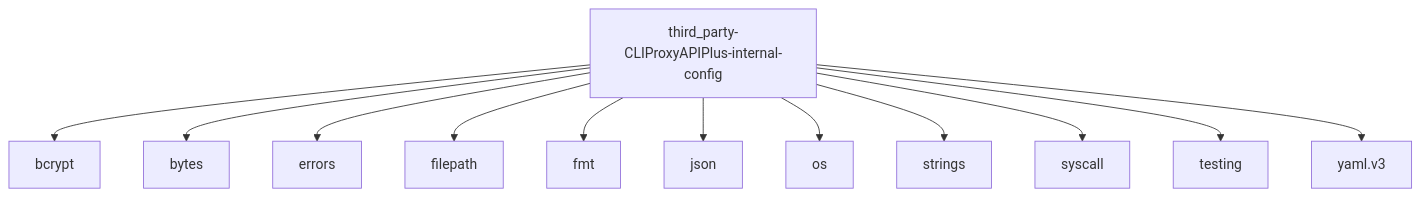
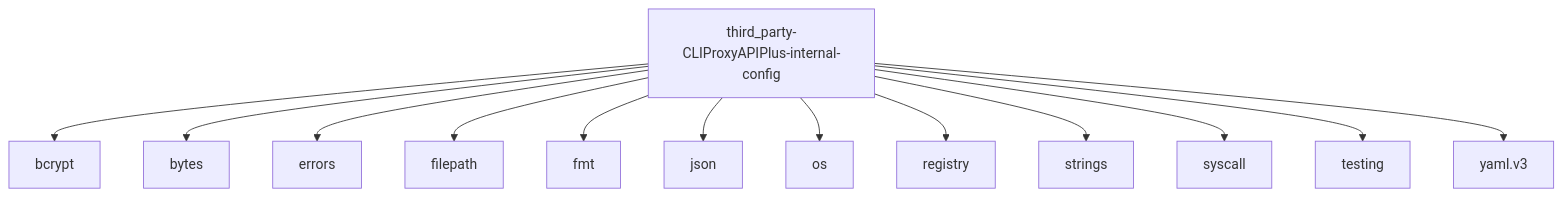
The diagram in .agentlens/modules/third_party-CLIProxyAPIPlus-internal-config/imports.md (0xTract0r/quotio), drawn with Mermaid before and after one commit. The commit also changed other lines of this file and 126 other files, not shown here.

````diff
--- a/.agentlens/modules/third_party-CLIProxyAPIPlus-internal-config/imports.md
+++ b/.agentlens/modules/third_party-CLIProxyAPIPlus-internal-config/imports.md
@@ -7,14 +7,15 @@
 ```mermaid
 graph TD
     third_party_CLIProxyAPIPlus_internal_config[third_party-CLIProxyAPIPlus-internal-config] --> bcrypt[bcrypt]
     third_party_CLIProxyAPIPlus_internal_config[third_party-CLIProxyAPIPlus-internal-config] --> bytes[bytes]
     third_party_CLIProxyAPIPlus_internal_config[third_party-CLIProxyAPIPlus-internal-config] --> errors[errors]
     third_party_CLIProxyAPIPlus_internal_config[third_party-CLIProxyAPIPlus-internal-config] --> filepath[filepath]
     third_party_CLIProxyAPIPlus_internal_config[third_party-CLIProxyAPIPlus-internal-config] --> fmt[fmt]
     third_party_CLIProxyAPIPlus_internal_config[third_party-CLIProxyAPIPlus-internal-config] --> json[json]
     third_party_CLIProxyAPIPlus_internal_config[third_party-CLIProxyAPIPlus-internal-config] --> os[os]
+    third_party_CLIProxyAPIPlus_internal_config[third_party-CLIProxyAPIPlus-internal-config] --> registry[registry]
     third_party_CLIProxyAPIPlus_internal_config[third_party-CLIProxyAPIPlus-internal-config] --> strings[strings]
     third_party_CLIProxyAPIPlus_internal_config[third_party-CLIProxyAPIPlus-internal-config] --> syscall[syscall]
     third_party_CLIProxyAPIPlus_internal_config[third_party-CLIProxyAPIPlus-internal-config] --> testing[testing]
     third_party_CLIProxyAPIPlus_internal_config[third_party-CLIProxyAPIPlus-internal-config] --> yaml_v3[yaml.v3]
 ```
````
